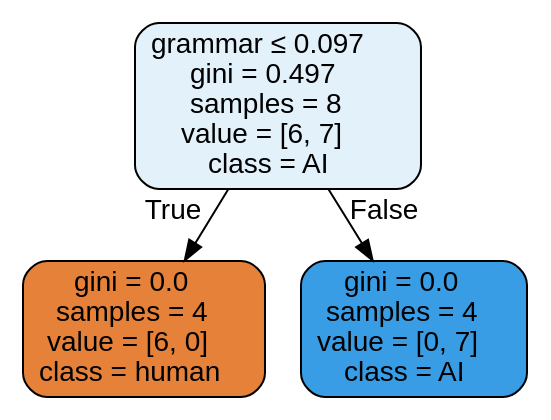
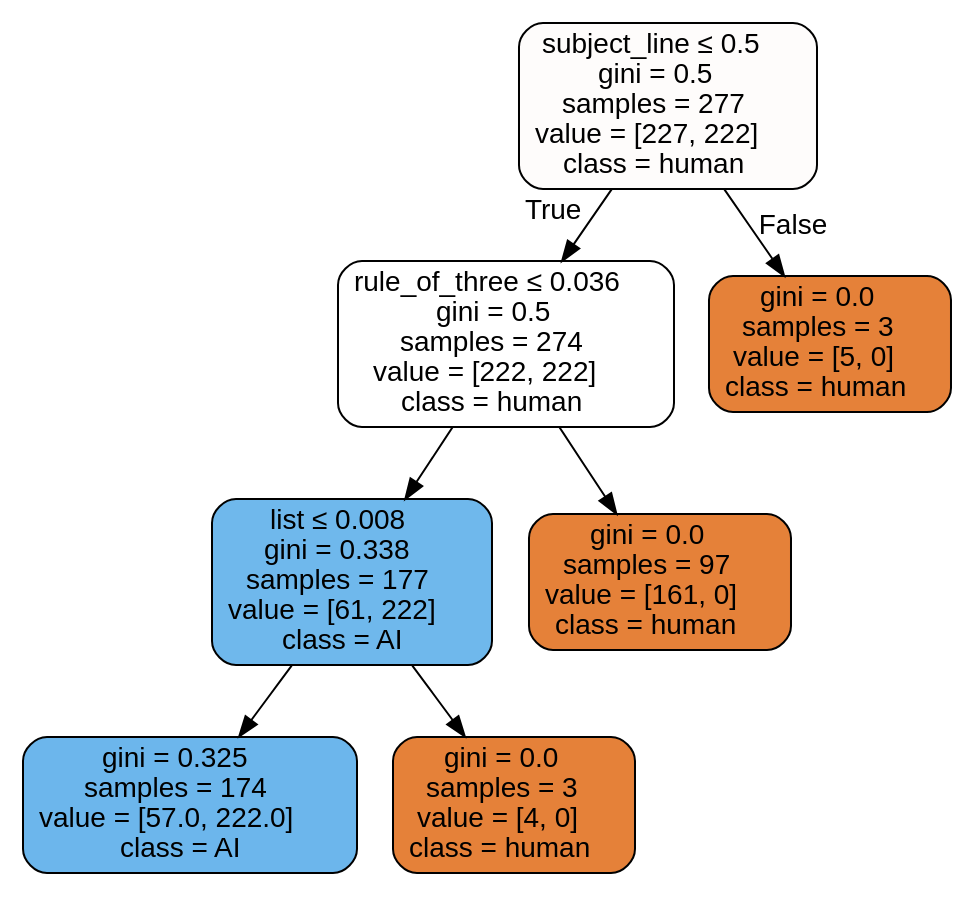
Before and after one commit to Paulpoomrit/LING450_TermProject: the diagram in results/summary/yame_wout_summary.dot, drawn with Graphviz. The commit also changed 41 other files, not shown here.

```diff
--- a/results/summary/yame_wout_summary.dot
+++ b/results/summary/yame_wout_summary.dot
@@ -1,9 +1,17 @@
 digraph Tree {
 node [shape=box, style="filled, rounded", color="black", fontname="helvetica"] ;
 edge [fontname="helvetica"] ;
-0 [label=<grammar &le; 0.097<br/>gini = 0.497<br/>samples = 8<br/>value = [6, 7]<br/>class = AI>, fillcolor="#e3f1fb"] ;
-1 [label=<gini = 0.0<br/>samples = 4<br/>value = [6, 0]<br/>class = human>, fillcolor="#e58139"] ;
+0 [label=<subject_line &le; 0.5<br/>gini = 0.5<br/>samples = 277<br/>value = [227, 222]<br/>class = human>, fillcolor="#fefcfb"] ;
+1 [label=<rule_of_three &le; 0.036<br/>gini = 0.5<br/>samples = 274<br/>value = [222, 222]<br/>class = human>, fillcolor="#ffffff"] ;
 0 -> 1 [labeldistance=2.5, labelangle=45, headlabel="True"] ;
-2 [label=<gini = 0.0<br/>samples = 4<br/>value = [0, 7]<br/>class = AI>, fillcolor="#399de5"] ;
+3 [label=<list &le; 0.008<br/>gini = 0.338<br/>samples = 177<br/>value = [61, 222]<br/>class = AI>, fillcolor="#6fb8ec"] ;
+1 -> 3 ;
+5 [label=<gini = 0.325<br/>samples = 174<br/>value = [57.0, 222.0]<br/>class = AI>, fillcolor="#6cb6ec"] ;
+3 -> 5 ;
+6 [label=<gini = 0.0<br/>samples = 3<br/>value = [4, 0]<br/>class = human>, fillcolor="#e58139"] ;
+3 -> 6 ;
+4 [label=<gini = 0.0<br/>samples = 97<br/>value = [161, 0]<br/>class = human>, fillcolor="#e58139"] ;
+1 -> 4 ;
+2 [label=<gini = 0.0<br/>samples = 3<br/>value = [5, 0]<br/>class = human>, fillcolor="#e58139"] ;
 0 -> 2 [labeldistance=2.5, labelangle=-45, headlabel="False"] ;
 }
```
